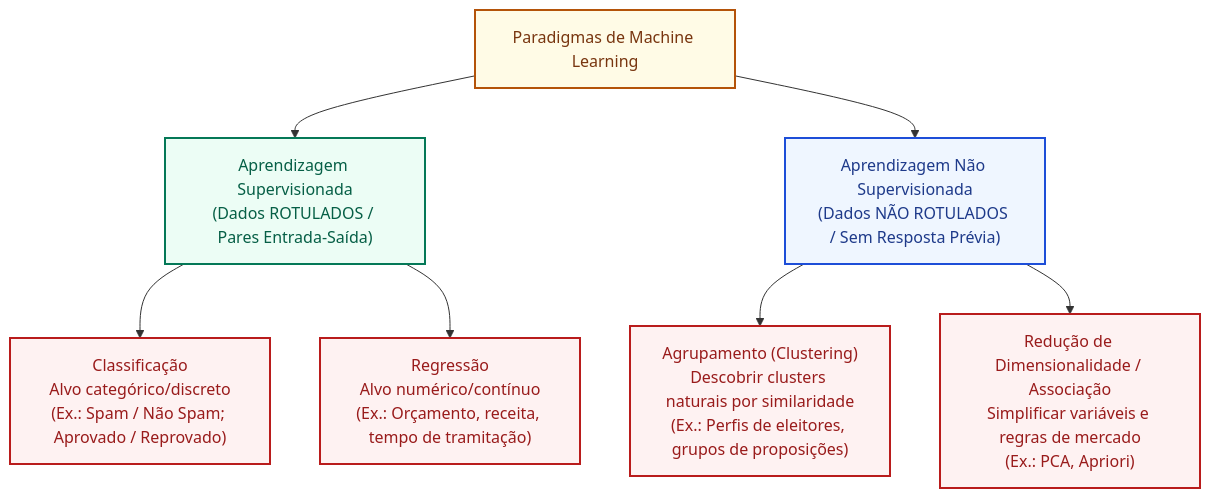
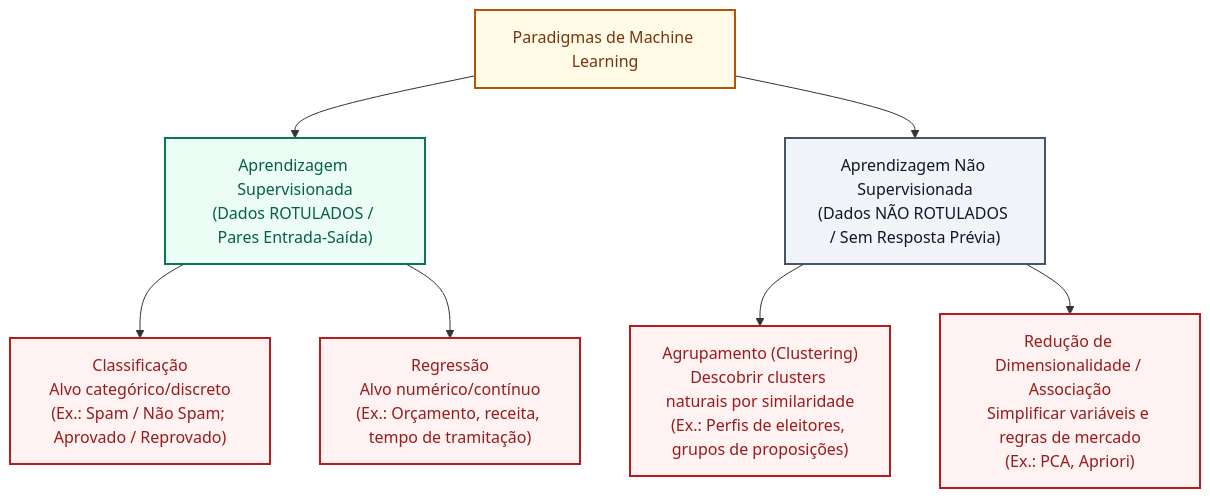
The diagram in 3 - Materias/Informatica/19 - aprendizagem supervisionada e nao supervisionada algoritmos e metricas.md (leorruas/concursos), drawn with Mermaid before and after one commit.

Commit message:
style(camara-ti): alinhar fallback Mermaid aos tokens neutros 19

````diff
--- a/3 - Materias/Informatica/19 - aprendizagem supervisionada e nao supervisionada algoritmos e metricas.md
+++ b/3 - Materias/Informatica/19 - aprendizagem supervisionada e nao supervisionada algoritmos e metricas.md
@@ -25,18 +25,18 @@
 ```mermaid
 flowchart TD
     classDef raiz fill:#fffbe6,stroke:#b45309,stroke-width:2px,color:#78350f;
     classDef sup fill:#ecfdf5,stroke:#047857,stroke-width:2px,color:#065f46;
-    classDef nsup fill:#eff6ff,stroke:#1d4ed8,stroke-width:2px,color:#1e3a8a;
+    classDef nsup fill:#f1f5f9,stroke:#475569,stroke-width:2px,color:#0f172a;
     classDef tarefa fill:#fef2f2,stroke:#b91c1c,stroke-width:2px,color:#991b1b;
 
     ML["Paradigmas de Machine Learning"]:::raiz
 
     ML --> S["Aprendizagem Supervisionada<br>(Dados ROTULADOS / Pares Entrada-Saída)"]:::sup
     ML --> NS["Aprendizagem Não Supervisionada<br>(Dados NÃO ROTULADOS / Sem Resposta Prévia)"]:::nsup
 
     S --> Cla["Classificação<br>Alvo categórico/discreto<br>(Ex.: Spam / Não Spam; Aprovado / Reprovado)"]:::tarefa
     S --> Reg["Regressão<br>Alvo numérico/contínuo<br>(Ex.: Orçamento, receita, tempo de tramitação)"]:::tarefa
 
     NS --> Clu["Agrupamento (Clustering)<br>Descobrir clusters naturais por similaridade<br>(Ex.: Perfis de eleitores, grupos de proposições)"]:::tarefa
     NS --> Dim["Redução de Dimensionalidade / Associação<br>Simplificar variáveis e regras de mercado<br>(Ex.: PCA, Apriori)"]:::tarefa
 ```
````
